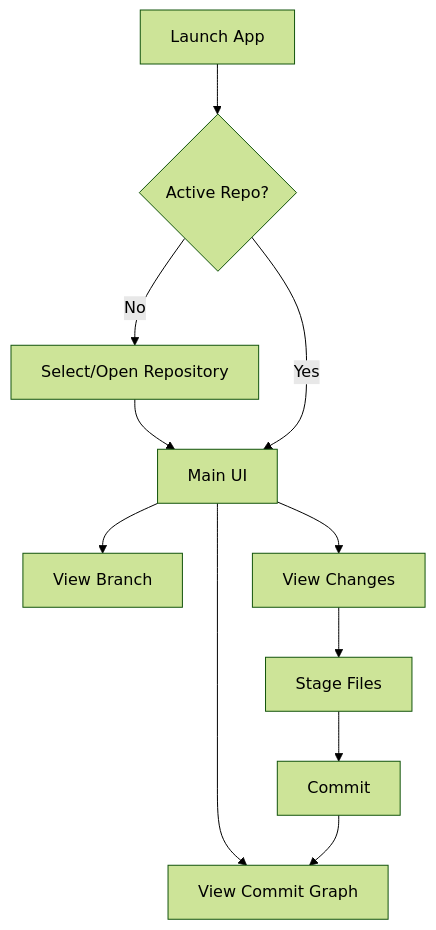
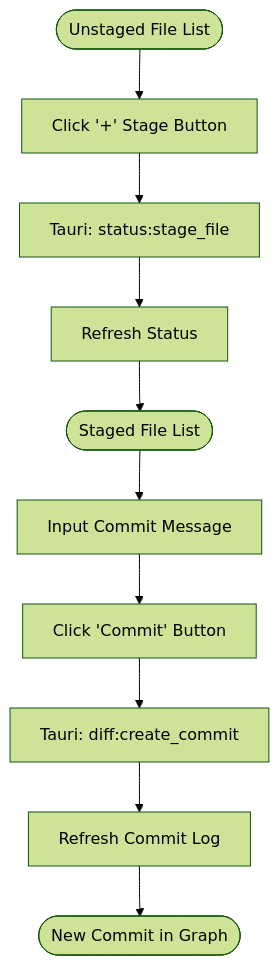
The second of 3 diagrams in docs/user_flow.md (TrungHieu0107/git-helper), drawn with Mermaid (forest theme) before and after one commit. The commit also changed other lines of this file and 14 other files, not shown here.

First line of the commit message:
feat(docs/sync): add comprehensive /docs suite and wire focus-based auto-refresh with safe diff updates

````diff
--- a/docs/user_flow.md
+++ b/docs/user_flow.md
@@ -7,15 +30,12 @@
 ```mermaid
 flowchart TD
-    A[Launch App] --> B{Active Repo?}
-    B -- No --> C[Select/Open Repository]
-    C --> D[Main UI]
-    B -- Yes --> D
-
-    D --> E[View Branch]
-    D --> F[View Changes]
-    D --> G[View Commit Graph]
-
-    F --> H[Stage Files]
-    H --> I[Commit]
-    I --> G
+    Start([Unstaged File List]) --> Stage[Click '+' Stage Button]
+    Stage --> Cmd[Tauri: status:stage_file]
+    Cmd --> Refresh[Refresh Status]
+    Refresh --> Staged([Staged File List])
+    Staged --> Input[Input Commit Message]
+    Input --> Commit[Click 'Commit' Button]
+    Commit --> CommitCmd[Tauri: diff:create_commit]
+    CommitCmd --> LogRefresh[Refresh Commit Log]
+    LogRefresh --> Done([New Commit in Graph])
 ```
````
